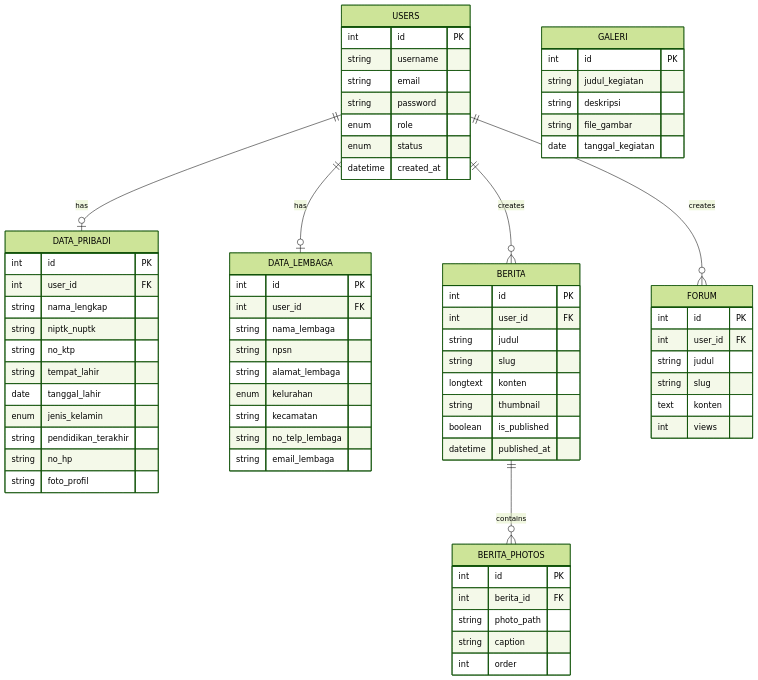
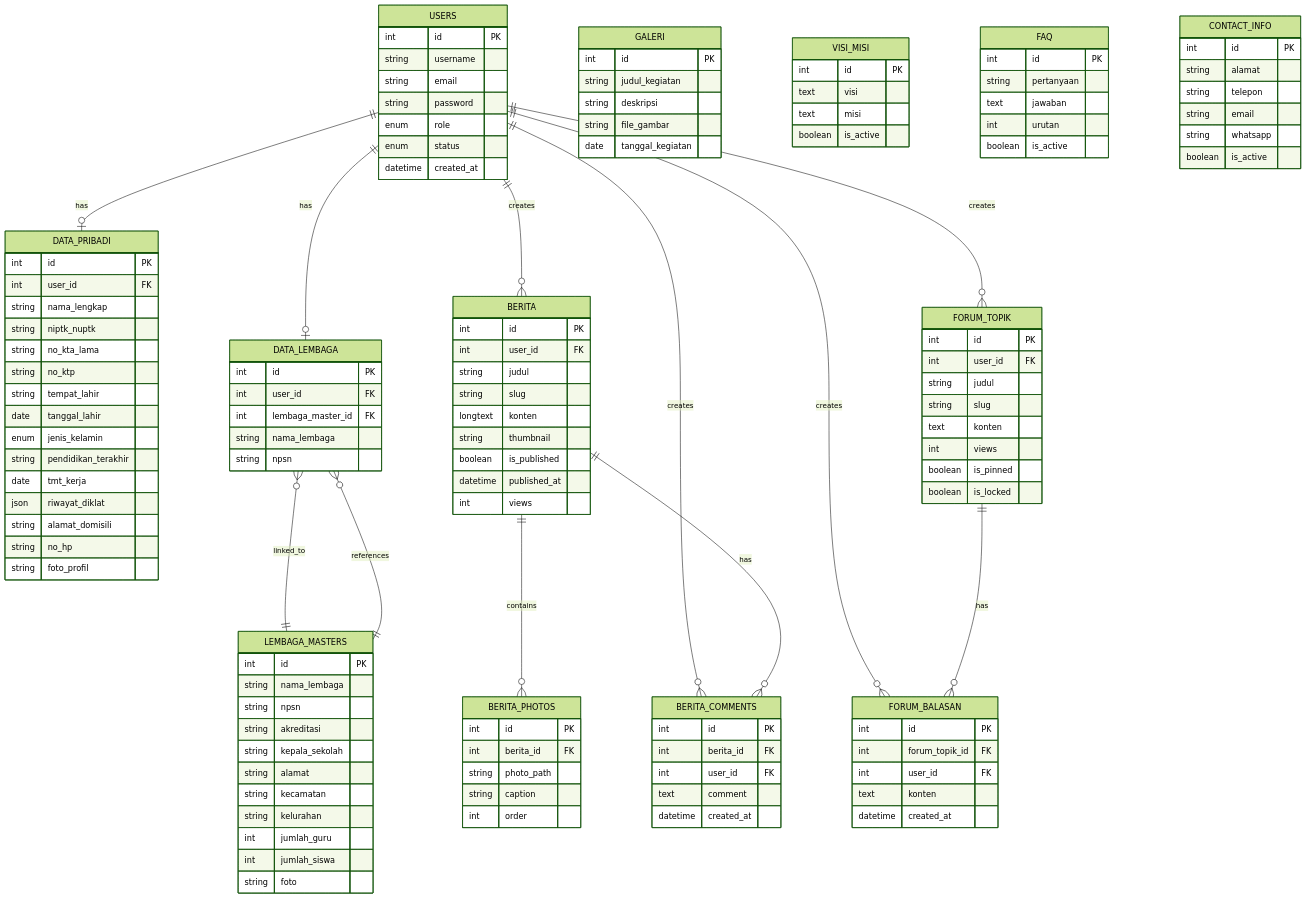
Before and after one commit to mmararief/himpaudi-bektim: the seventh of 11 diagrams in README.md, drawn with Mermaid (forest theme). The commit also changed other lines of this file, not shown here.

````diff
--- a/README.md
+++ b/README.md
@@ -226,8 +284,14 @@
     USERS ||--o| DATA_PRIBADI : has
     USERS ||--o| DATA_LEMBAGA : has
     USERS ||--o{ BERITA : creates
-    USERS ||--o{ FORUM : creates
+    USERS ||--o{ FORUM_TOPIK : creates
+    USERS ||--o{ FORUM_BALASAN : creates
+    USERS ||--o{ BERITA_COMMENTS : creates
     BERITA ||--o{ BERITA_PHOTOS : contains
+    BERITA ||--o{ BERITA_COMMENTS : has
+    FORUM_TOPIK ||--o{ FORUM_BALASAN : has
+    LEMBAGA_MASTERS ||--o{ DATA_LEMBAGA : references
+    DATA_LEMBAGA }o--|| LEMBAGA_MASTERS : linked_to
 
     USERS {
         int id PK
@@ -244,11 +308,15 @@
         int user_id FK
         string nama_lengkap
         string niptk_nuptk
+        string no_kta_lama
         string no_ktp
         string tempat_lahir
         date tanggal_lahir
         enum jenis_kelamin
         string pendidikan_terakhir
+        date tmt_kerja
+        json riwayat_diklat
+        string alamat_domisili
         string no_hp
         string foto_profil
     }
@@ -256,13 +324,23 @@
     DATA_LEMBAGA {
         int id PK
         int user_id FK
+        int lembaga_master_id FK
         string nama_lembaga
         string npsn
-        string alamat_lembaga
-        enum kelurahan
+    }
+
+    LEMBAGA_MASTERS {
+        int id PK
+        string nama_lembaga
+        string npsn
+        string akreditasi
+        string kepala_sekolah
+        string alamat
         string kecamatan
-        string no_telp_lembaga
-        string email_lembaga
+        string kelurahan
+        int jumlah_guru
+        int jumlah_siswa
+        string foto
     }
 
     BERITA {
@@ -274,6 +352,7 @@
         string thumbnail
         boolean is_published
         datetime published_at
+        int views
     }
 
     BERITA_PHOTOS {
@@ -284,6 +363,14 @@
         int order
     }
 
+    BERITA_COMMENTS {
+        int id PK
+        int berita_id FK
+        int user_id FK
+        text comment
+        datetime created_at
+    }
+
     GALERI {
         int id PK
         string judul_kegiatan
@@ -292,12 +379,46 @@
         date tanggal_kegiatan
     }
 
-    FORUM {
+    FORUM_TOPIK {
         int id PK
         int user_id FK
         string judul
         string slug
         text konten
         int views
+        boolean is_pinned
+        boolean is_locked
+    }
+
+    FORUM_BALASAN {
+        int id PK
+        int forum_topik_id FK
+        int user_id FK
+        text konten
+        datetime created_at
+    }
+
+    VISI_MISI {
+        int id PK
+        text visi
+        text misi
+        boolean is_active
+    }
+
+    FAQ {
+        int id PK
+        string pertanyaan
+        text jawaban
+        int urutan
+        boolean is_active
+    }
+
+    CONTACT_INFO {
+        int id PK
+        string alamat
+        string telepon
+        string email
+        string whatsapp
+        boolean is_active
     }
 ```
````
